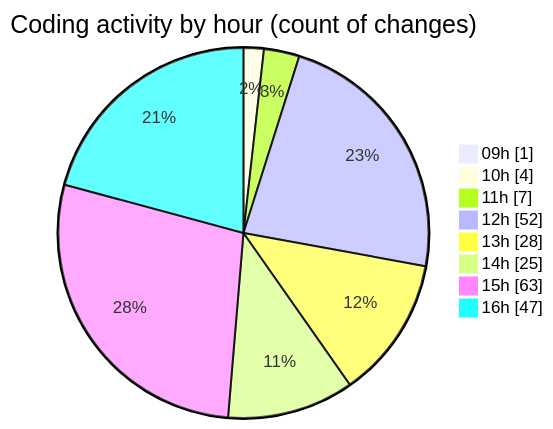
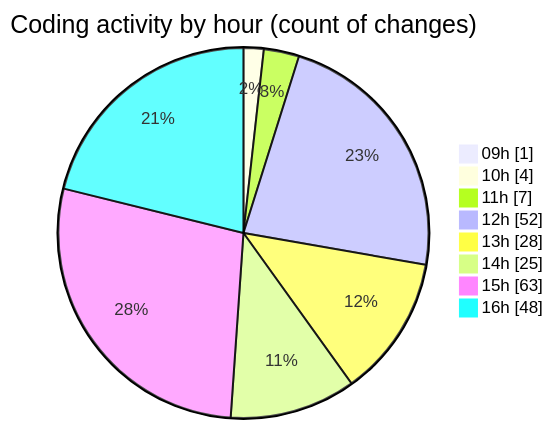
Before and after one commit to momahboobian/code-tracking: the second of 2 diagrams in 2025-04-07/cda/README.md, drawn with Mermaid. The commit also changed other lines of this file and 1 other file, not shown here.

````diff
--- a/2025-04-07/cda/README.md
+++ b/2025-04-07/cda/README.md
@@ -40,12 +40,12 @@
 ```mermaid
 pie showData
 title Coding activity by hour (count of changes)
 "09h" : 1
 "10h" : 4
 "11h" : 7
 "12h" : 52
 "13h" : 28
 "14h" : 25
 "15h" : 63
-"16h" : 47
+"16h" : 48
 ```
````
